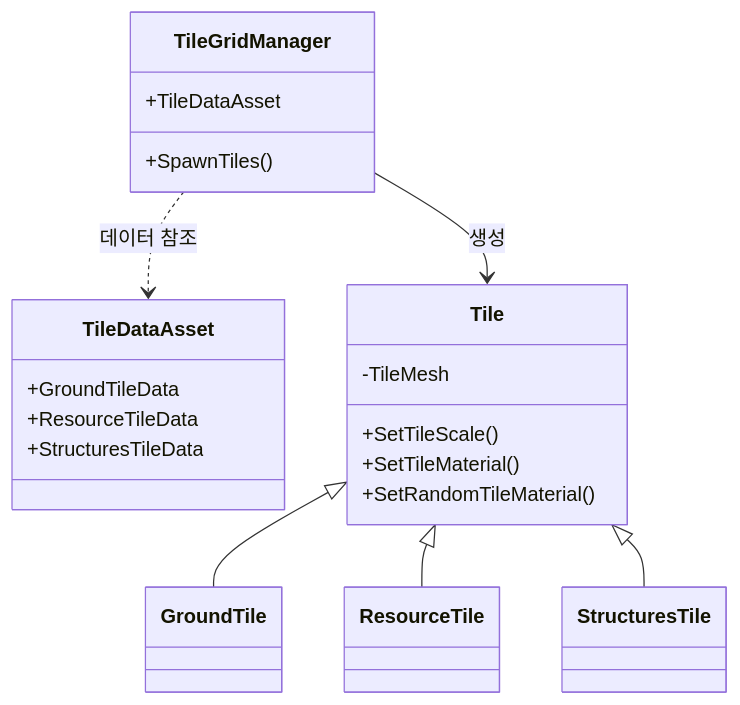
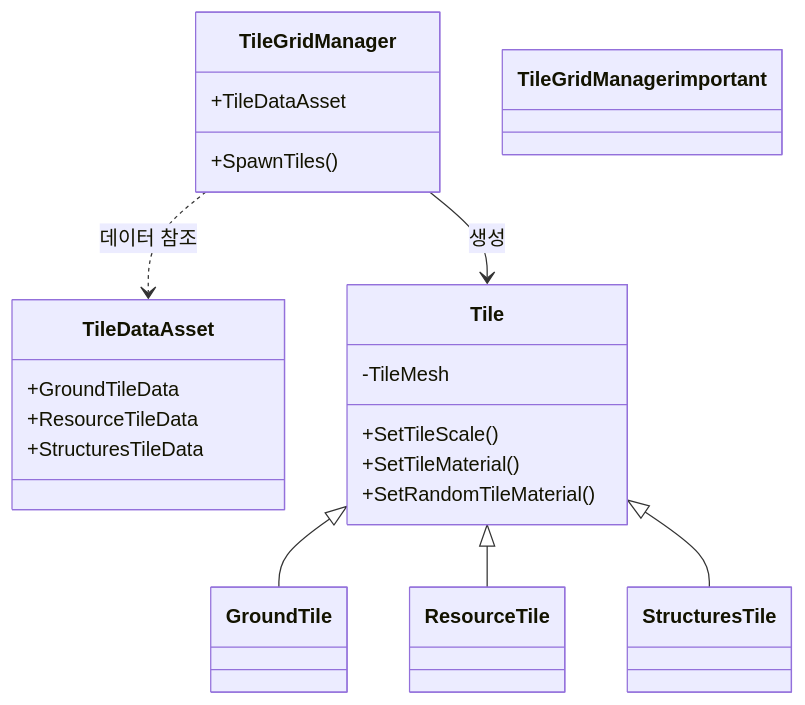
Before and after one commit to WJMcode/Project_CavesBasic: the first of 4 diagrams in README.md, drawn with Mermaid.

````diff
--- a/README.md
+++ b/README.md
@@ -1,27 +1,30 @@
 ```mermaid
 classDiagram
     class TileGridManager {
         +TileDataAsset
         +SpawnTiles()
     }
     class TileDataAsset {
         +GroundTileData
         +ResourceTileData
         +StructuresTileData
     }
     class Tile {
         -TileMesh
         +SetTileScale()
         +SetTileMaterial()
         +SetRandomTileMaterial()
     }
     class GroundTile
     class ResourceTile
     class StructuresTile
 
     TileGridManager ..> TileDataAsset : 데이터 참조
     TileGridManager --> Tile : 생성
     Tile <|-- GroundTile
     Tile <|-- ResourceTile
     Tile <|-- StructuresTile
+
+    classDef important fill:#FFD700,stroke:#333,stroke-width:2px;
+    class TileGridManager important
 ```
````
